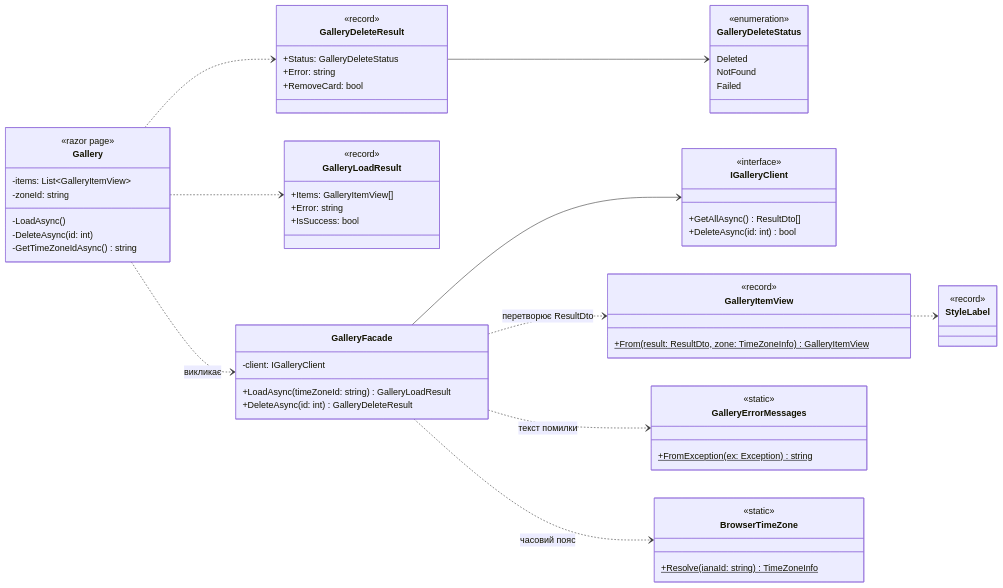
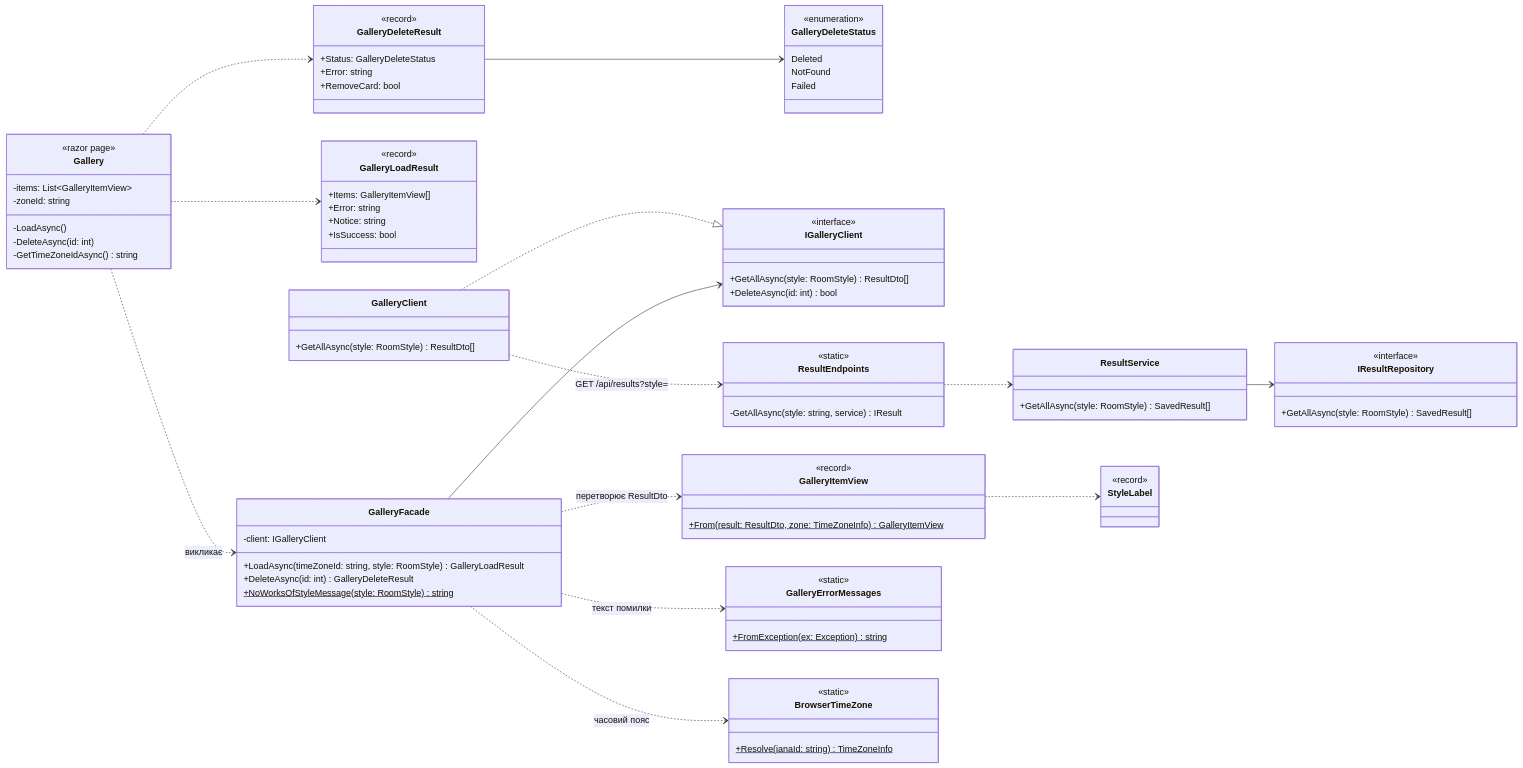
The third of 3 diagrams in docs/models/implementation.md (ilSPACEli/AiDesigner), drawn with Mermaid before and after one commit. The commit also changed other lines of this file, not shown here.

Commit message:
docs: style filter in implementation diagram

````diff
--- a/docs/models/implementation.md
+++ b/docs/models/implementation.md
@@ -166,13 +166,15 @@
     }
     class GalleryFacade {
         -client: IGalleryClient
-        +LoadAsync(timeZoneId: string) GalleryLoadResult
+        +LoadAsync(timeZoneId: string, style: RoomStyle) GalleryLoadResult
         +DeleteAsync(id: int) GalleryDeleteResult
+        +NoWorksOfStyleMessage(style: RoomStyle)$ string
     }
     class GalleryLoadResult {
         <<record>>
         +Items: GalleryItemView[]
         +Error: string
+        +Notice: string
         +IsSuccess: bool
     }
     class GalleryDeleteResult {
@@ -189,8 +191,22 @@
     }
     class IGalleryClient {
         <<interface>>
-        +GetAllAsync() ResultDto[]
+        +GetAllAsync(style: RoomStyle) ResultDto[]
         +DeleteAsync(id: int) bool
+    }
+    class GalleryClient {
+        +GetAllAsync(style: RoomStyle) ResultDto[]
+    }
+    class ResultEndpoints {
+        <<static>>
+        -GetAllAsync(style: string, service) IResult
+    }
+    class ResultService {
+        +GetAllAsync(style: RoomStyle) SavedResult[]
+    }
+    class IResultRepository {
+        <<interface>>
+        +GetAllAsync(style: RoomStyle) SavedResult[]
     }
     class GalleryItemView {
         <<record>>
@@ -217,4 +233,8 @@
     GalleryFacade ..> BrowserTimeZone : часовий пояс
     GalleryDeleteResult --> GalleryDeleteStatus
     GalleryItemView ..> StyleLabel
+    GalleryClient ..|> IGalleryClient
+    GalleryClient ..> ResultEndpoints : GET /api/results?style=
+    ResultEndpoints ..> ResultService
+    ResultService --> IResultRepository
 ```
````
